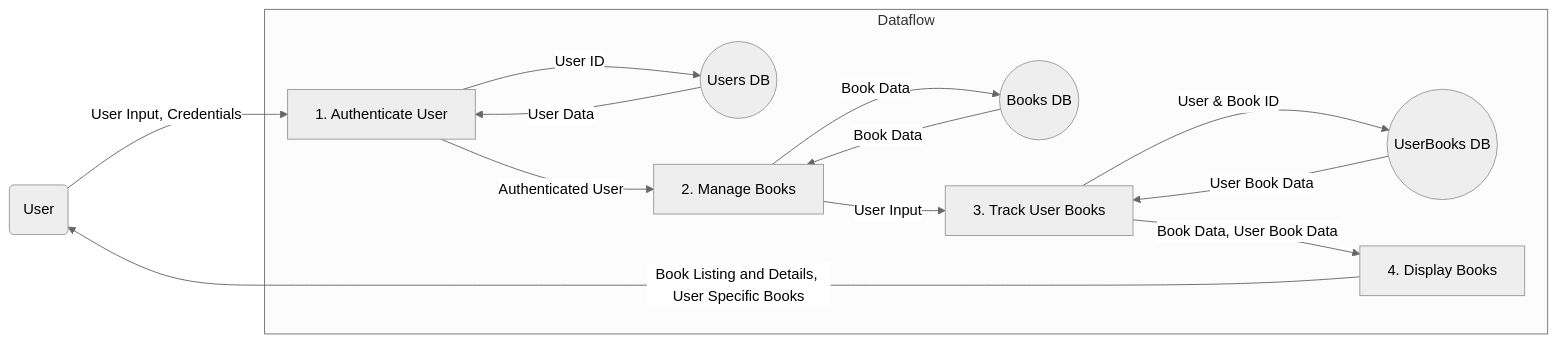
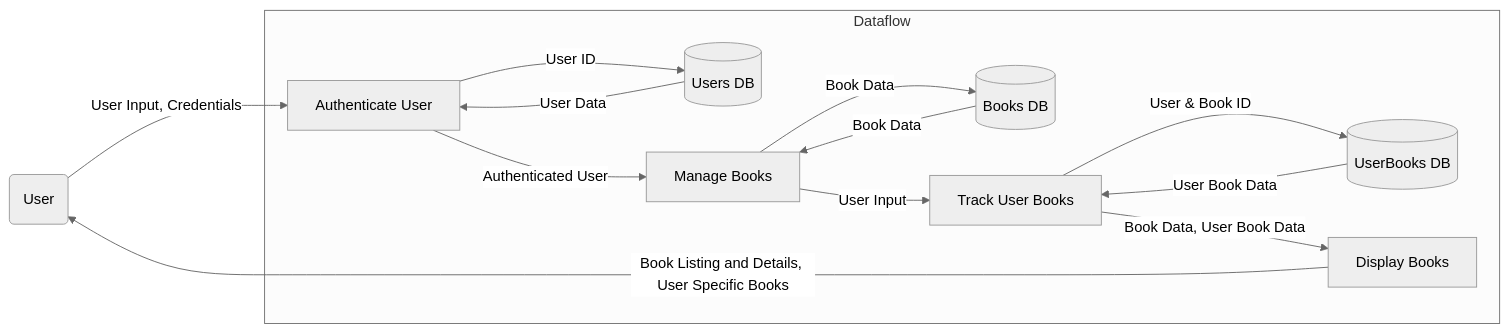
The diagram in DFD.md (toqaezzatly/Shelf_library_catalog), drawn with Mermaid (neutral theme) before and after one commit.

````diff
--- a/DFD.md
+++ b/DFD.md
@@ -1,24 +1,24 @@
 ```mermaid
 graph LR
     User(User)
     subgraph Dataflow
-        p1[1. Authenticate User]
-        ds1((Users DB))
-        p2[2. Manage Books]
-        ds2((Books DB))
-        p3[3. Track User Books]
-        ds3((UserBooks DB))
-        p4[4. Display Books]
+        p1[Authenticate User]
+        ds1[(Users DB)]
+        p2[Manage Books]
+        ds2[(Books DB)]
+        p3[Track User Books]
+        ds3[(UserBooks DB)]
+        p4[Display Books]
     end
     User -->|User Input, Credentials| p1
     p1 -->|User ID| ds1
     ds1 -->|User Data| p1
     p1 -->|Authenticated User| p2
     p2 -->|Book Data| ds2
     ds2 -->|Book Data| p2
     p2 -->|User Input| p3
     p3 -->|User & Book ID| ds3
     ds3 -->|User Book Data| p3
     p3 -->|Book Data, User Book Data| p4
     p4 -->|Book Listing and Details, User Specific Books| User
 ```
````
